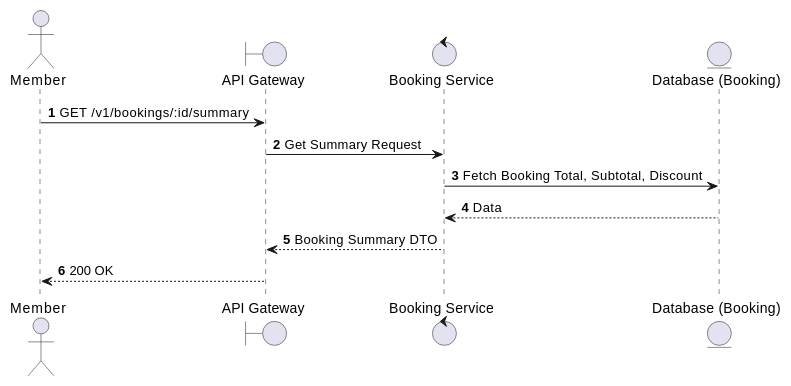
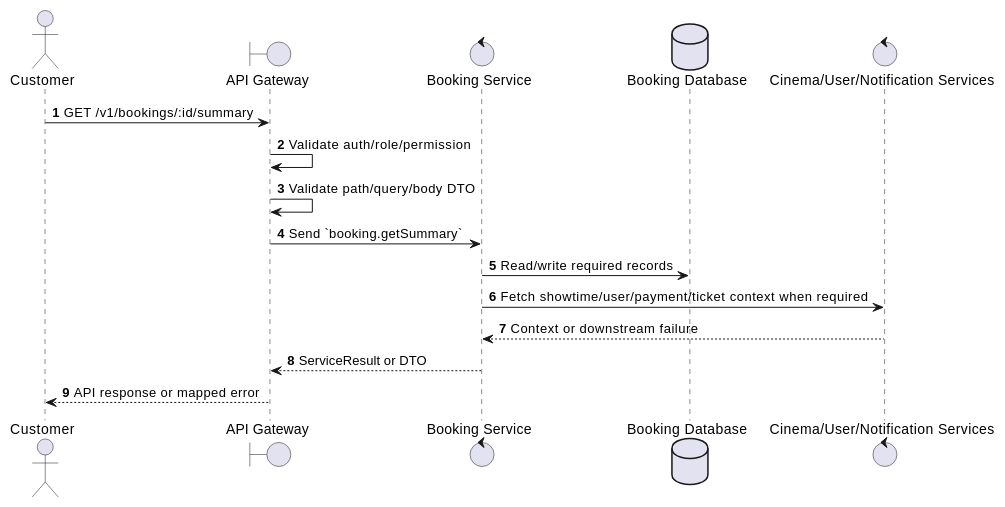
One commit to Tanh1603/movie-hub-architecture changed the first of 2 diagrams in docs/functional_specs/3.5.1_User_Booking_Operations/BK-04_Get_Booking_Summary.md. Above: the diagram before and after it, drawn with PlantUML. The commit also changed other lines of this file and 126 other files, not shown here.

````diff
--- a/docs/functional_specs/3.5.1_User_Booking_Operations/BK-04_Get_Booking_Summary.md
+++ b/docs/functional_specs/3.5.1_User_Booking_Operations/BK-04_Get_Booking_Summary.md
@@ -17,16 +17,20 @@
 ```plantuml
 @startuml
 autonumber
-actor Member
+actor "Customer" as Actor
 boundary "API Gateway" as GW
-control "Booking Service" as BS
-entity "Database (Booking)" as DB
+control "Booking Service" as SVC
+database "Booking Database" as DB
+control "Cinema/User/Notification Services" as EXT
 
-Member -> GW: GET /v1/bookings/:id/summary
-GW -> BS: Get Summary Request
-BS -> DB: Fetch Booking Total, Subtotal, Discount
-DB --> BS: Data
-BS --> GW: Booking Summary DTO
-GW --> Member: 200 OK
+Actor -> GW: GET /v1/bookings/:id/summary
+GW -> GW: Validate auth/role/permission
+GW -> GW: Validate path/query/body DTO
+GW -> SVC: Send `booking.getSummary`
+SVC -> DB: Read/write required records
+SVC -> EXT: Fetch showtime/user/payment/ticket context when required
+EXT --> SVC: Context or downstream failure
+SVC --> GW: ServiceResult or DTO
+GW --> Actor: API response or mapped error
 @enduml
 ```
````
